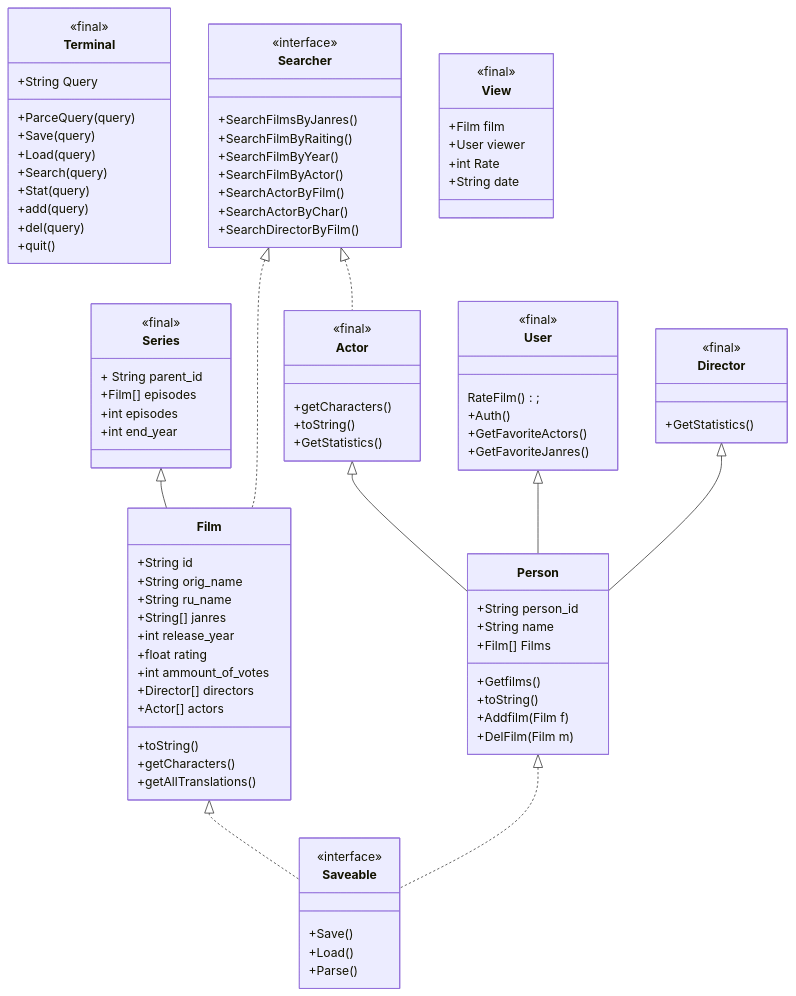
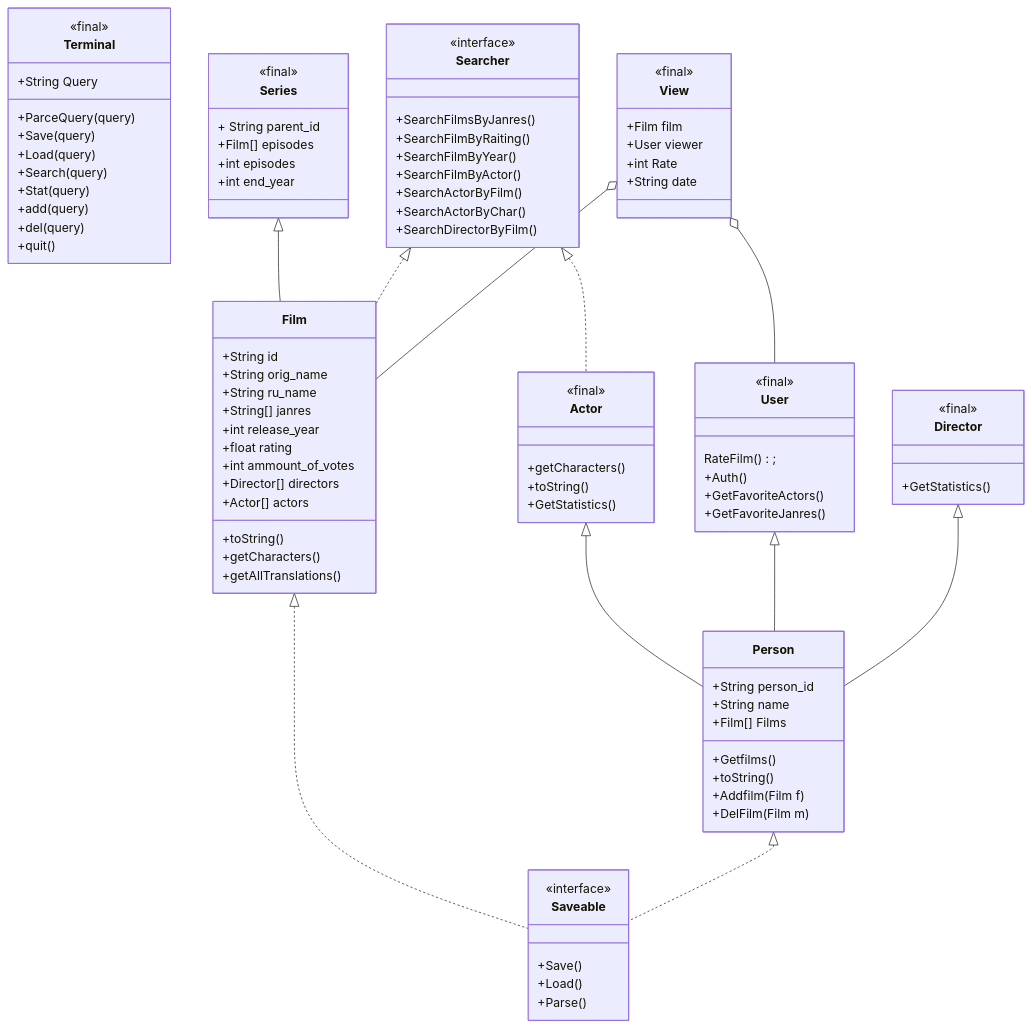
One commit to mmonastyrskiy/Programming_3_sem changed the diagram in Java_OOP/Monastyrskiy/Java_project/docs/structure.md. Above: the diagram before and after it, drawn with Mermaid.

````diff
--- a/Java_OOP/Monastyrskiy/Java_project/docs/structure.md
+++ b/Java_OOP/Monastyrskiy/Java_project/docs/structure.md
@@ -111,7 +111,8 @@
     Searcher <|.. Actor
     
     
-    
+    View o-- Film
+    View o-- User
     
 
 ```
````
